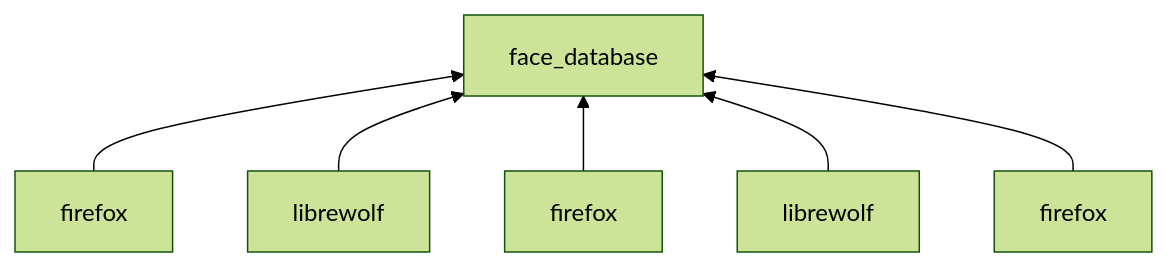
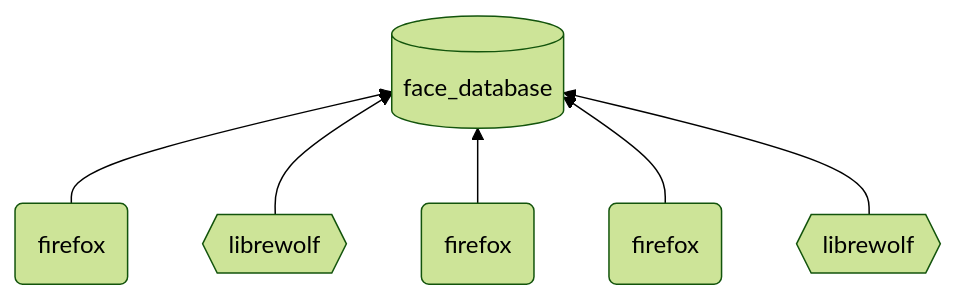
One commit to 198thread/lineup changed the third of 3 diagrams in README.md. Above: the diagram before and after it, drawn with Mermaid (forest theme). The commit also changed other lines of this file, not shown here.

````diff
--- a/README.md
+++ b/README.md
@@ -40,8 +40,8 @@
 ```mermaid
 graph BT;
-    B[firefox] --> A[face_database]
-    C[librewolf] --> A
-    D[firefox] --> A
-    E[librewolf] --> A
-    F[firefox] --> A
+    B(firefox) --> A[(face_database)]
+    C{{librewolf}} --> A
+    D(firefox) --> A
+    E(firefox) --> A
+    F{{librewolf}} --> A
 ```
````
